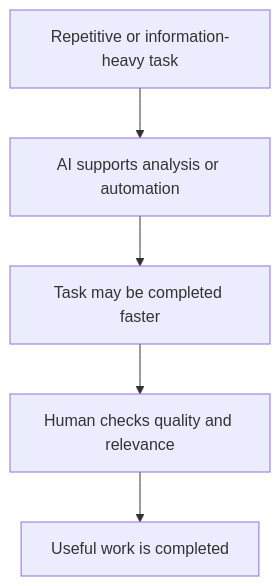
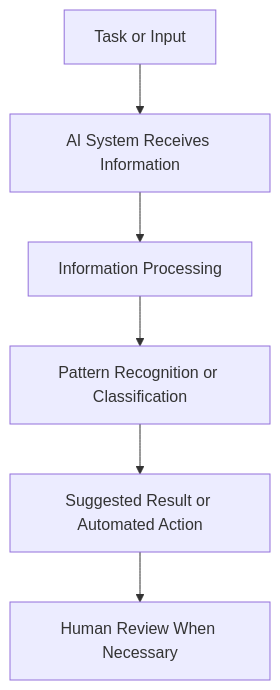
One commit to NicolausLionel/SLN changed the first of 5 diagrams in content/04_benefits-limitations-challenges.md. Above: the diagram before and after it, drawn with Mermaid. The commit also changed other lines of this file, not shown here.

````diff
--- a/content/04_benefits-limitations-challenges.md
+++ b/content/04_benefits-limitations-challenges.md
@@ -39,7 +75,8 @@
 ```mermaid
 flowchart TD
- A[Repetitive or information-heavy task] --> B[AI supports analysis or automation]
- B --> C[Task may be completed faster]
- C --> D[Human checks quality and relevance]
- D --> E[Useful work is completed]
+    A["Task or Input"] --> B["AI System Receives Information"]
+    B --> C["Information Processing"]
+    C --> D["Pattern Recognition or Classification"]
+    D --> E["Suggested Result or Automated Action"]
+    E --> F["Human Review When Necessary"]
 ```
````
